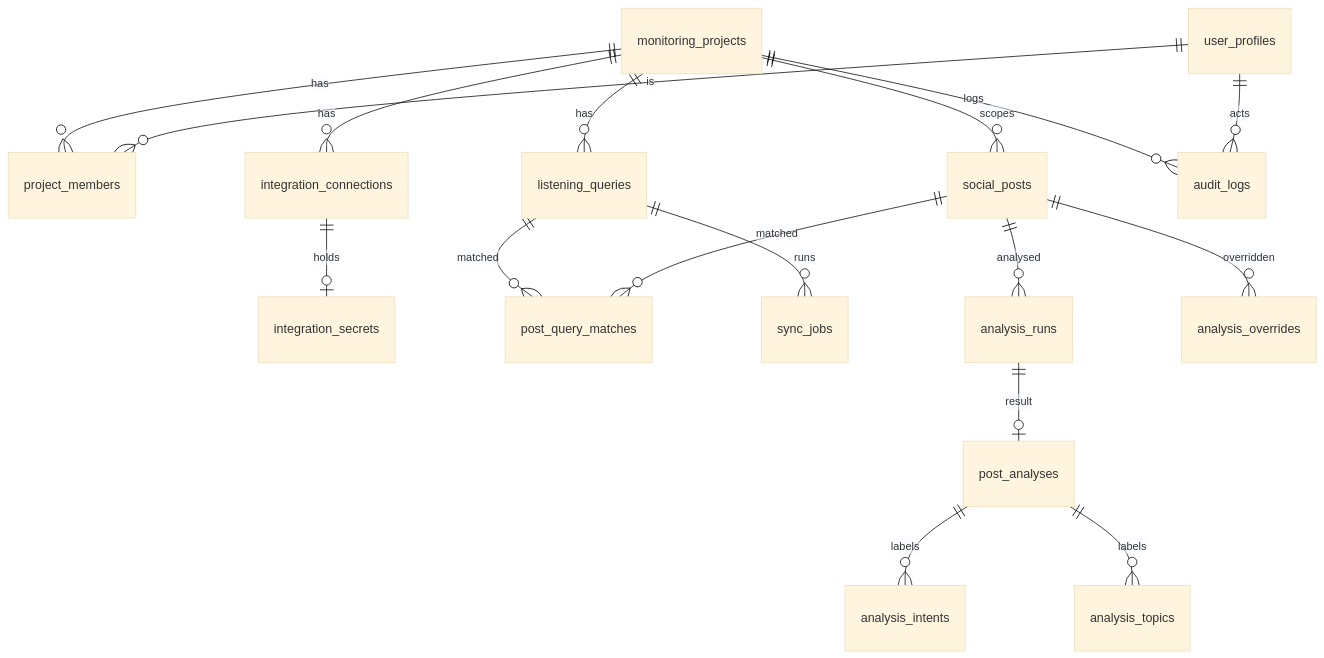
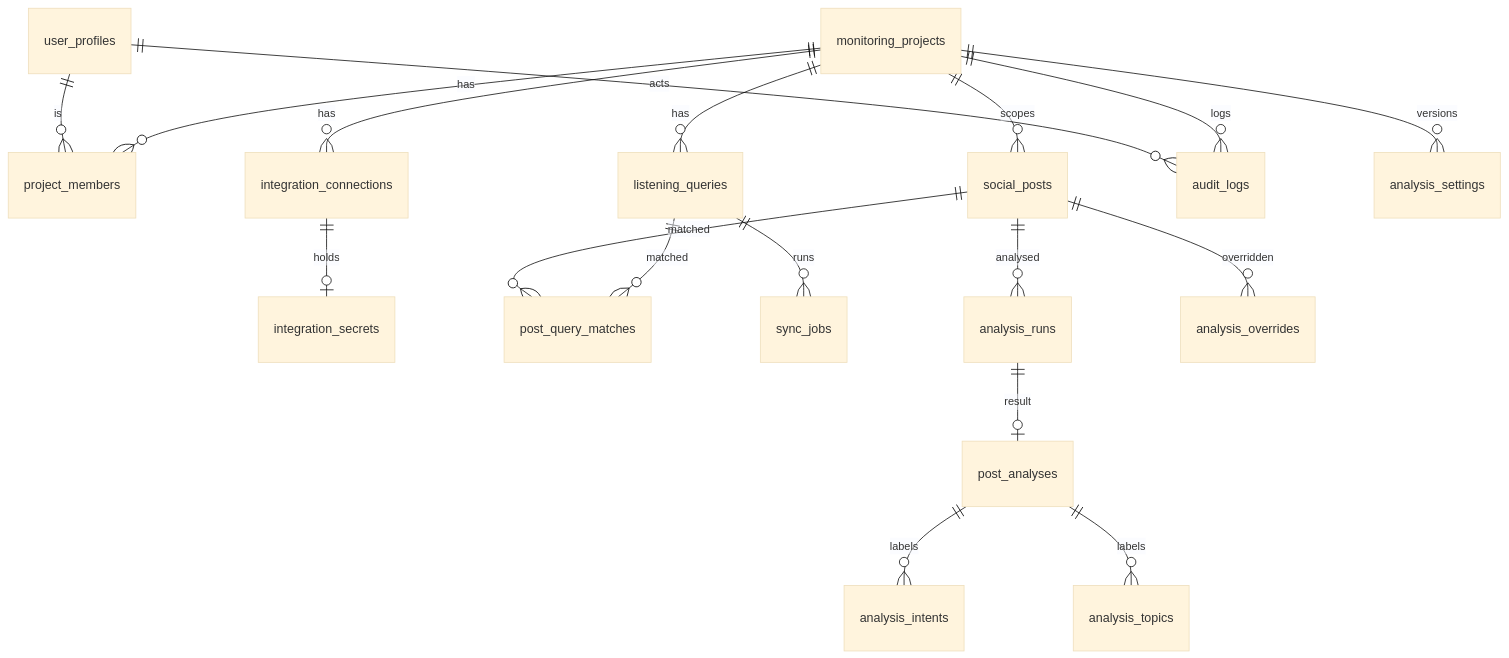
One commit to mryesss97/how-about-me changed the diagram in docs/02-architecture/04-data-model.md. Above: the diagram before and after it, drawn with Mermaid (base theme). The commit also changed other lines of this file and 49 other files, not shown here.

````diff
--- a/docs/02-architecture/04-data-model.md
+++ b/docs/02-architecture/04-data-model.md
@@ -16,19 +16,20 @@
 ```mermaid
 erDiagram
     monitoring_projects ||--o{ project_members : has
     user_profiles ||--o{ project_members : is
     monitoring_projects ||--o{ listening_queries : has
     monitoring_projects ||--o{ integration_connections : has
     integration_connections ||--o| integration_secrets : holds
     monitoring_projects ||--o{ social_posts : scopes
     listening_queries ||--o{ post_query_matches : matched
     social_posts ||--o{ post_query_matches : matched
     listening_queries ||--o{ sync_jobs : runs
     social_posts ||--o{ analysis_runs : analysed
     analysis_runs ||--o| post_analyses : result
     post_analyses ||--o{ analysis_intents : labels
     post_analyses ||--o{ analysis_topics : labels
     social_posts ||--o{ analysis_overrides : overridden
     monitoring_projects ||--o{ audit_logs : logs
     user_profiles ||--o{ audit_logs : acts
+    monitoring_projects ||--o{ analysis_settings : versions
 ```
````
